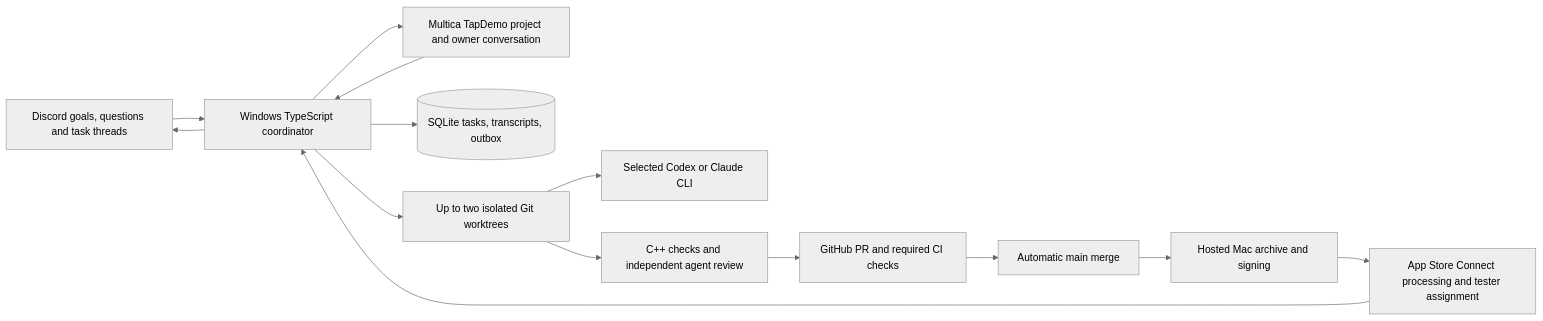
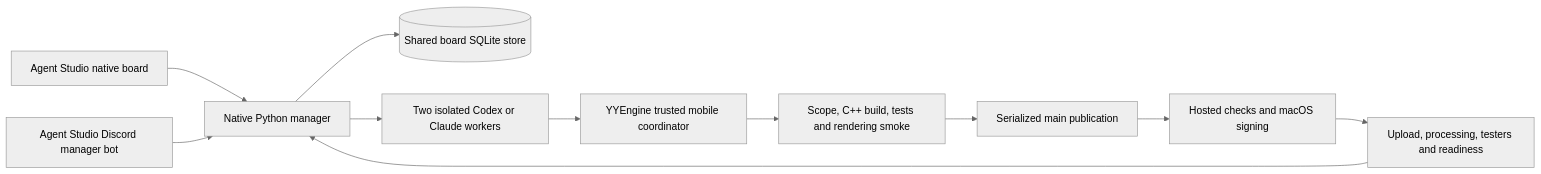
One commit to YotamHarris/Y-Y changed the diagram in docs/architecture.md. Above: the diagram before and after it, drawn with Mermaid (neutral theme). The commit also changed other lines of this file and 143 other files, not shown here.

Commit message:
Replace legacy board and bot with Agent Studio for mobile development

````diff
--- a/docs/architecture.md
+++ b/docs/architecture.md
@@ -3,16 +3,13 @@
 ```mermaid
 flowchart LR
-  D[Discord goals, questions and task threads] --> B[Windows TypeScript coordinator]
-  Board[Multica TapDemo project and owner conversation] --> B
-  B --> Q[(SQLite tasks, transcripts, outbox)]
-  B --> W[Up to two isolated Git worktrees]
-  W --> A[Selected Codex or Claude CLI]
-  W --> C[C++ checks and independent agent review]
-  C --> P[GitHub PR and required CI checks]
-  P --> M[Automatic main merge]
-  M --> I[Hosted Mac archive and signing]
-  I --> T[App Store Connect processing and tester assignment]
-  T --> B
-  B --> D
-  B --> Board
+  Board[Agent Studio native board] --> Manager[Native Python manager]
+  Discord[Agent Studio Discord manager bot] --> Manager
+  Manager --> Store[(Shared board SQLite store)]
+  Manager --> Workers[Two isolated Codex or Claude workers]
+  Workers --> Mobile[YYEngine trusted mobile coordinator]
+  Mobile --> Gates[Scope, C++ build, tests and rendering smoke]
+  Gates --> Main[Serialized main publication]
+  Main --> CI[Hosted checks and macOS signing]
+  CI --> Apple[Upload, processing, testers and readiness]
+  Apple --> Manager
 ```
````
